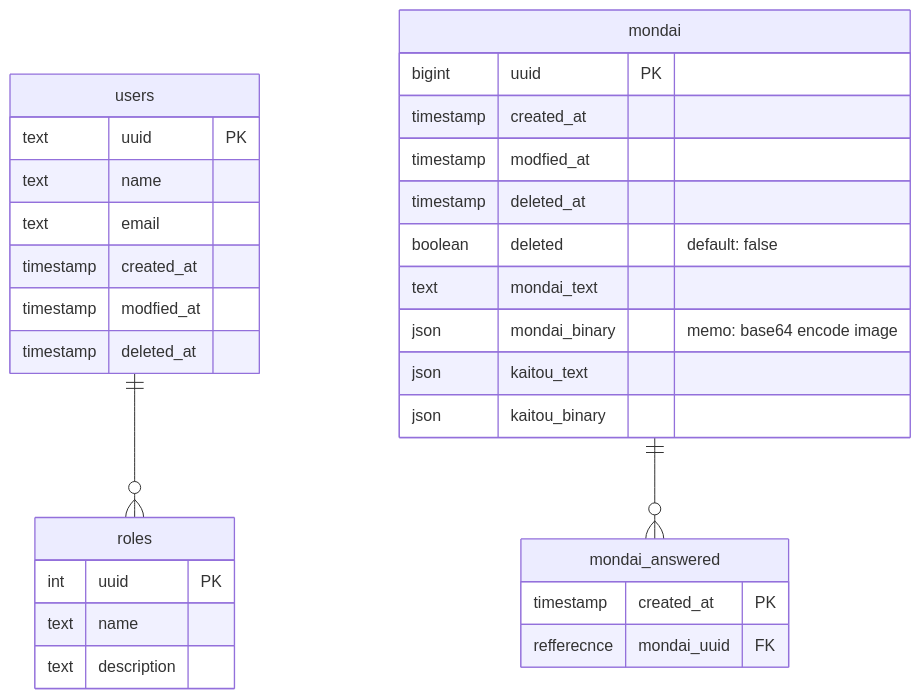
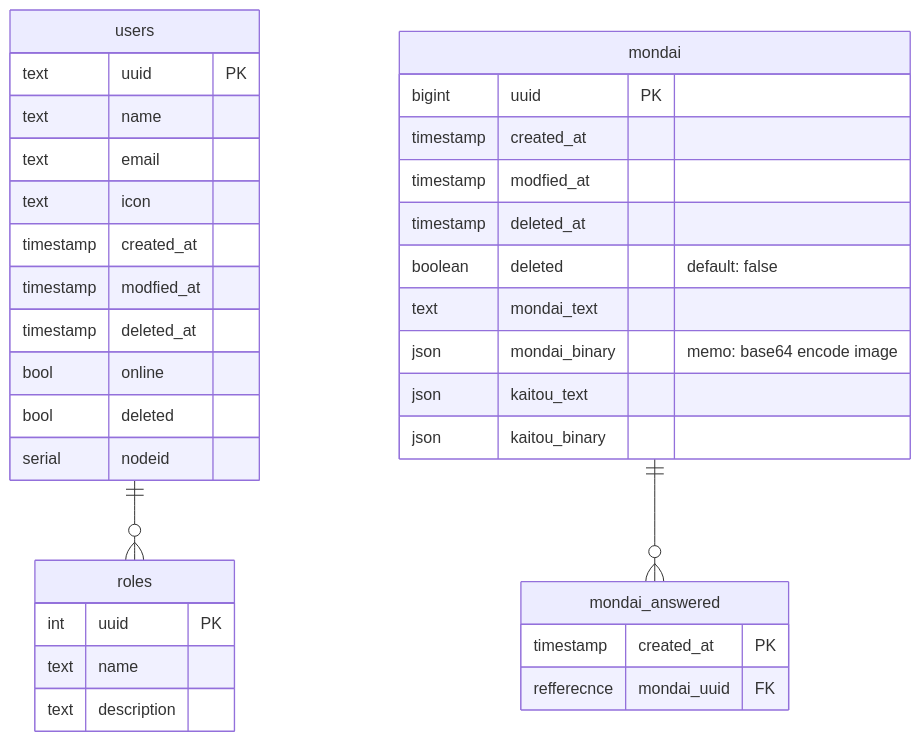
One commit to n138-kz/denkou-kakomon-dotcom changed the diagram in README.md. Above: the diagram before and after it, drawn with Mermaid.

````diff
--- a/README.md
+++ b/README.md
@@ -26,37 +26,41 @@
 ```mermaid
 erDiagram
 users ||--o{ roles: "" 
 mondai ||--o{ mondai_answered: "" 
 
 users {
     text uuid PK
     text name
     text email
+    text icon
     timestamp created_at
     timestamp modfied_at
     timestamp deleted_at
+    bool online
+    bool deleted 
+    serial nodeid
 }
 
 roles {
     int uuid PK
     text name
     text description
 }
 
 mondai {
     bigint uuid PK
     timestamp created_at
     timestamp modfied_at
     timestamp deleted_at
     boolean deleted "default: false"
     text mondai_text
     json mondai_binary "memo: base64 encode image"
     json kaitou_text
     json kaitou_binary
 }
 
 mondai_answered {
     timestamp created_at PK
     refferecnce mondai_uuid FK
 }
 ```
````
